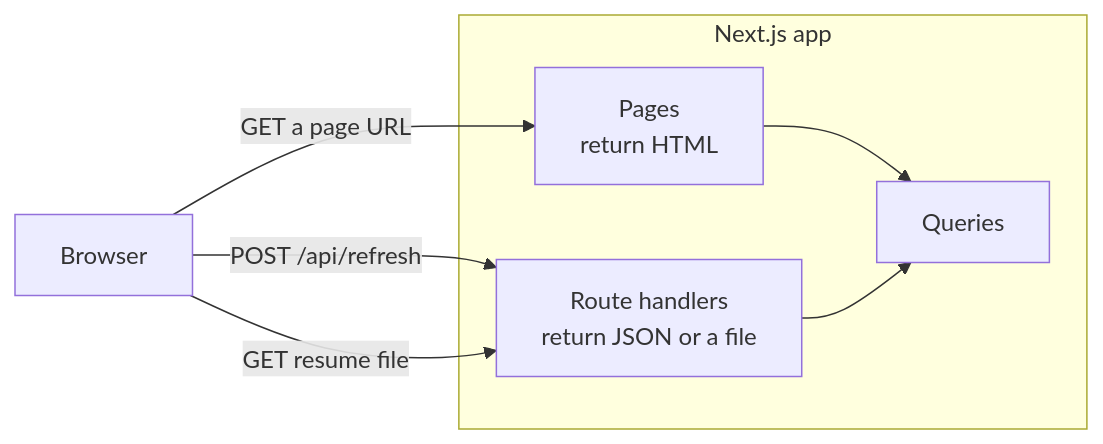
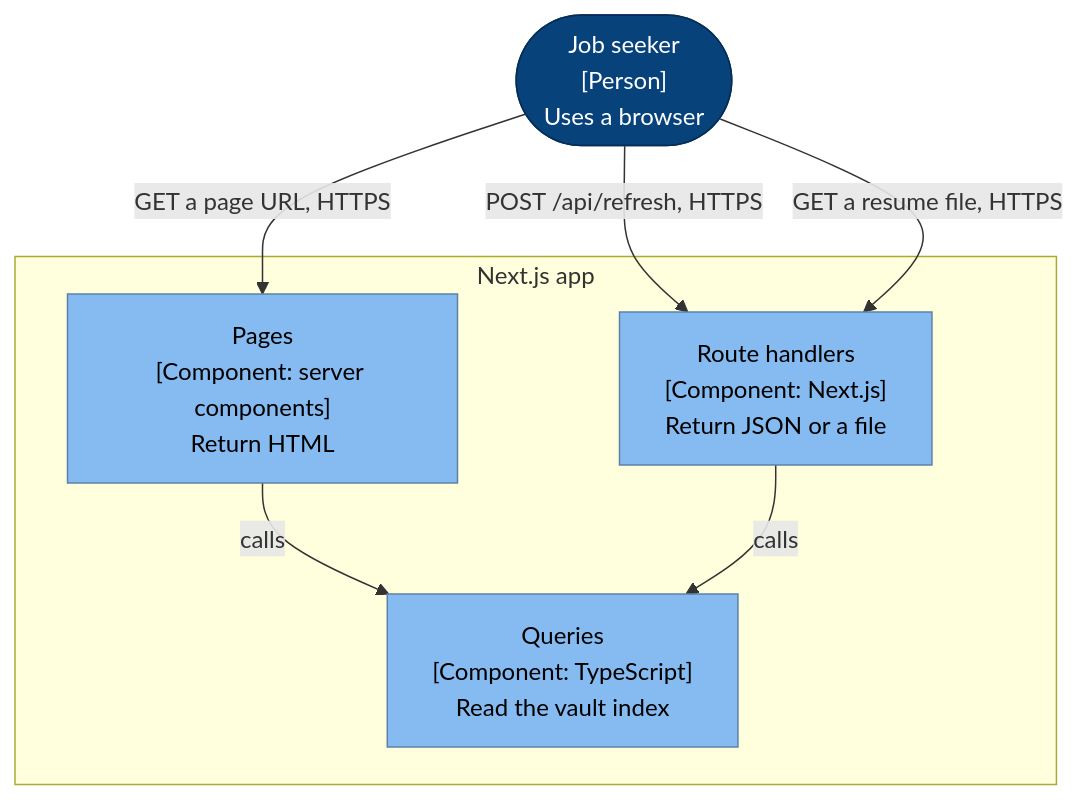
Before and after one commit to lyeyixian/job-search-app: the diagram in docs/architecture/api.md, drawn with Mermaid. The commit also changed other lines of this file and 5 other files, not shown here.

First line of the commit message:
Add a fixed template for each diagram type

````diff
--- a/docs/architecture/api.md
+++ b/docs/architecture/api.md
@@ -10,14 +12,23 @@
 ```mermaid
-flowchart LR
-    browser["Browser"]
+flowchart TB
+    browser(["Job seeker<br/>[Person]<br/>Uses a browser"]):::person
+
     subgraph next["Next.js app"]
-        pages["Pages<br/>return HTML"]
-        handlers["Route handlers<br/>return JSON or a file"]
-        queries["Queries"]
+        pages["Pages<br/>[Component: server components]<br/>Return HTML"]:::component
+        handlers["Route handlers<br/>[Component: Next.js]<br/>Return JSON or a file"]:::component
+        queries["Queries<br/>[Component: TypeScript]<br/>Read the vault index"]:::component
     end
-    browser -- "GET a page URL" --> pages
-    browser -- "POST /api/refresh" --> handlers
-    browser -- "GET resume file" --> handlers
-    pages --> queries
-    handlers --> queries
+
+    browser -- "GET a page URL, HTTPS" --> pages
+    browser -- "POST /api/refresh, HTTPS" --> handlers
+    browser -- "GET a resume file, HTTPS" --> handlers
+    pages -- "calls" --> queries
+    handlers -- "calls" --> queries
+
+    classDef person fill:#08427b,stroke:#052e56,color:#ffffff
+    classDef system fill:#1168bd,stroke:#0b4884,color:#ffffff
+    classDef container fill:#438dd5,stroke:#2e6295,color:#ffffff
+    classDef component fill:#85bbf0,stroke:#5d82a8,color:#000000
+    classDef store fill:#438dd5,stroke:#2e6295,color:#ffffff
+    classDef external fill:#999999,stroke:#6b6b6b,color:#ffffff
 ```
````
